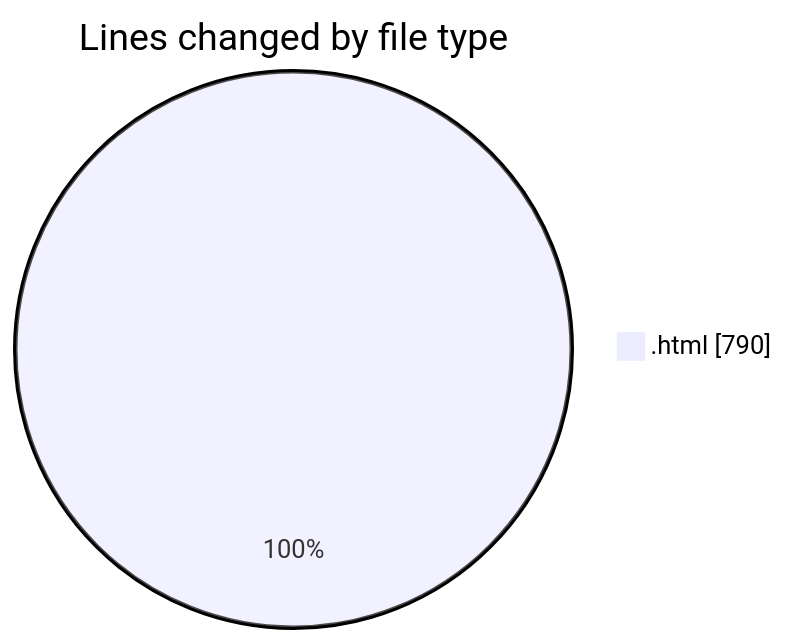
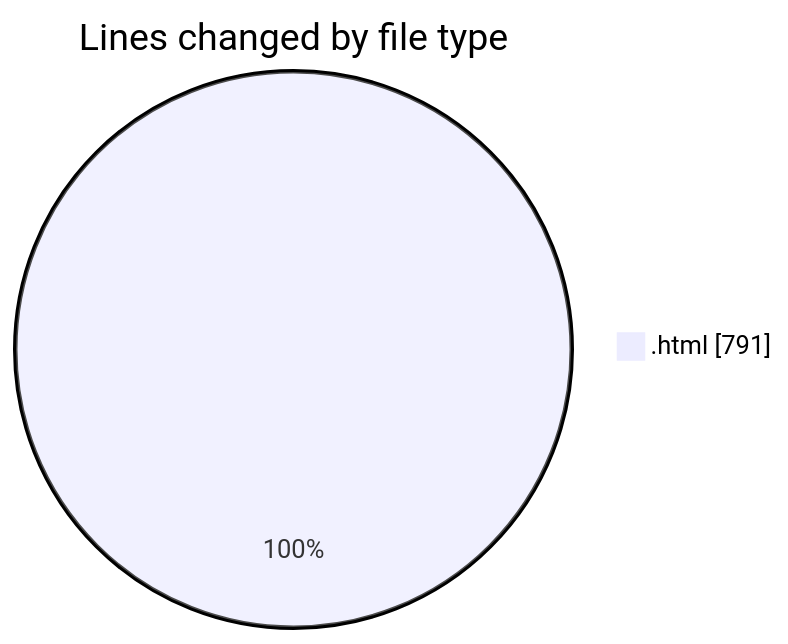
Before and after one commit to LanceThiago/code-tracking: the first of 2 diagrams in 2025-01-13/nueva_carpeta/README.md, drawn with Mermaid. The commit also changed other lines of this file and 1 other file, not shown here.

````diff
--- a/2025-01-13/nueva_carpeta/README.md
+++ b/2025-01-13/nueva_carpeta/README.md
@@ -20,5 +20,5 @@
 ```mermaid
 pie showData
 title Lines changed by file type
-".html" : 790
+".html" : 791
 ```
````
